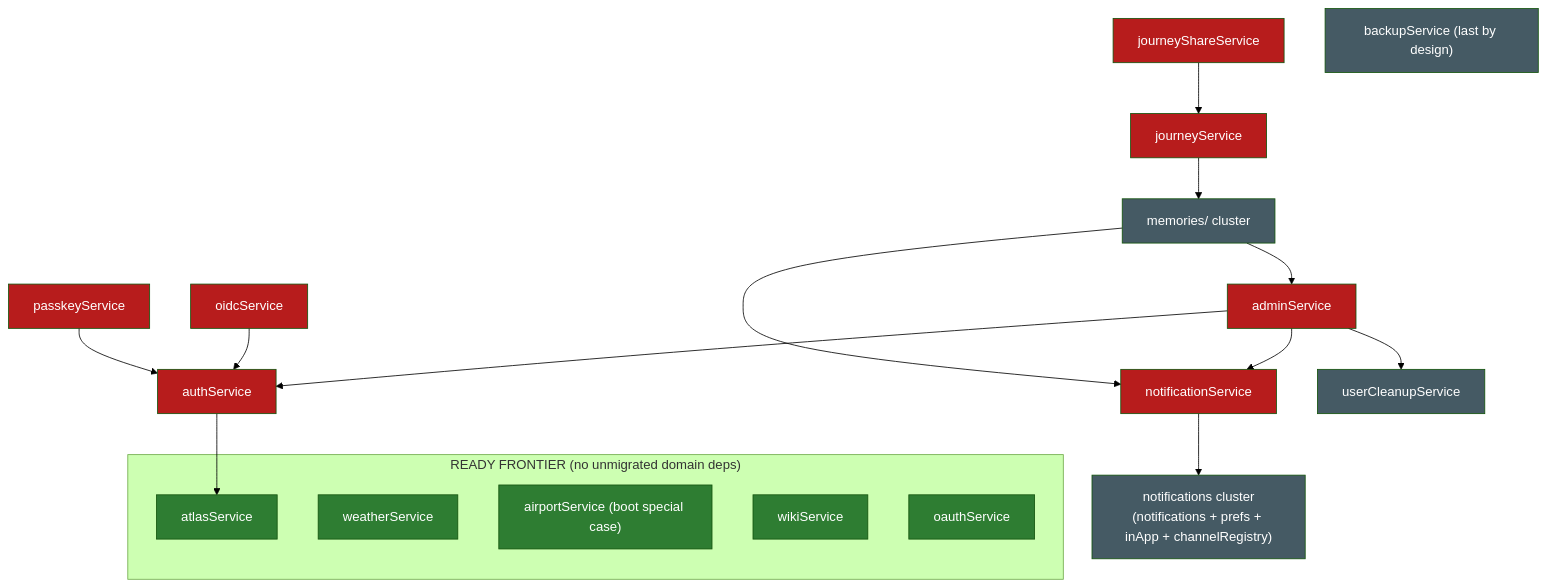
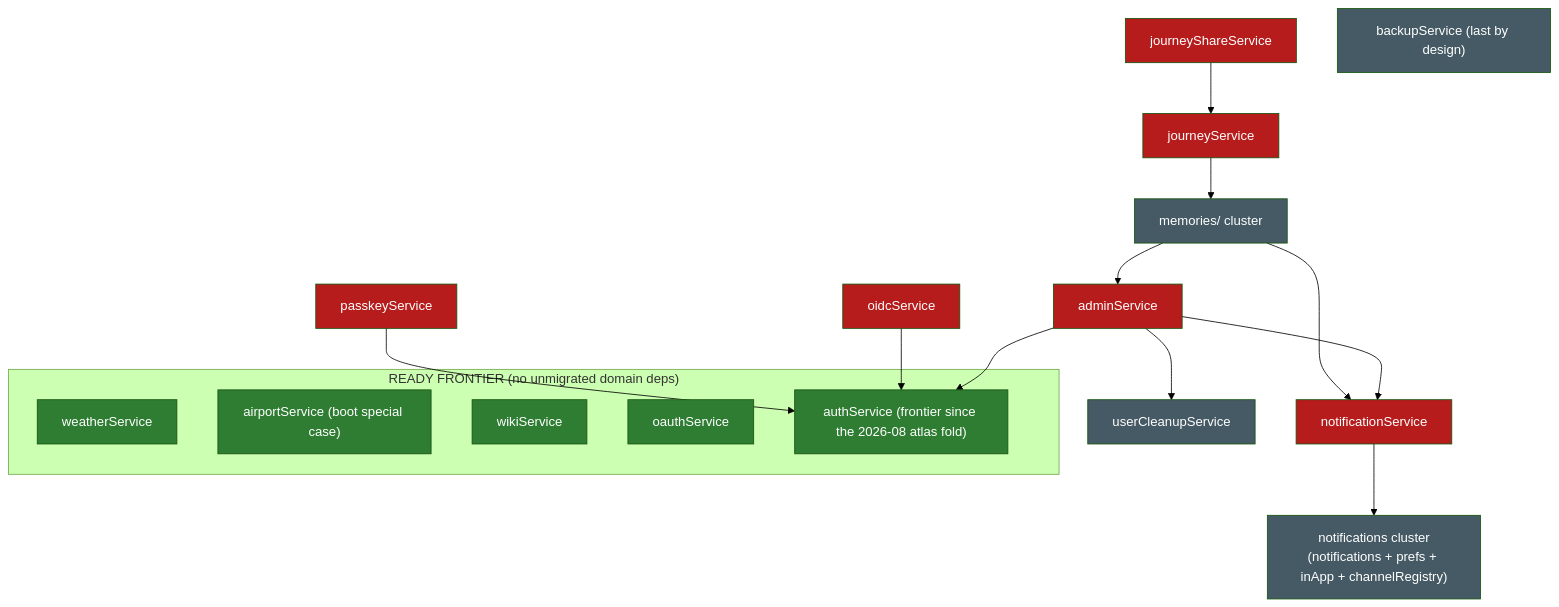
One commit to BeInLife/TREK changed the diagram in migration-graph.md. Above: the diagram before and after it, drawn with Mermaid (forest theme). The commit also changed other lines of this file and 1 other file, not shown here.

Commit message:
docs: regenerate migration-graph after the atlas fold

````diff
--- a/migration-graph.md
+++ b/migration-graph.md
@@ -184,36 +228,34 @@
 ```mermaid
 flowchart TD
   classDef ready fill:#2e7d32,color:#fff
   classDef blocked fill:#b71c1c,color:#fff
   classDef hub fill:#e65100,color:#fff
   classDef infra fill:#455a64,color:#fff
 
   subgraph frontier["READY FRONTIER (no unmigrated domain deps)"]
-    atlas[atlasService]:::ready
     weather[weatherService]:::ready
     airport["airportService (boot special case)"]:::ready
     wiki[wikiService]:::ready
     oauth[oauthService]:::ready
+    auth["authService (frontier since the 2026-08 atlas fold)"]:::ready
   end
 
   notifSvc[notificationService]:::blocked
   admin[adminService]:::blocked
-  auth[authService]:::blocked
   oidc[oidcService]:::blocked
   passkey[passkeyService]:::blocked
   journey[journeyService]:::blocked
   journeyShare[journeyShareService]:::blocked
   backup["backupService (last by design)"]:::infra
   notifCluster["notifications cluster<br/>(notifications + prefs + inApp + channelRegistry)"]:::infra
   memories["memories/ cluster"]:::infra
   cleanup[userCleanupService]:::infra
 
   notifSvc --> notifCluster
   admin --> auth & notifSvc & cleanup
-  auth --> atlas
   oidc --> auth
   passkey --> auth
   journey --> memories
   journeyShare --> journey
   memories --> notifSvc & admin
 ```
````
